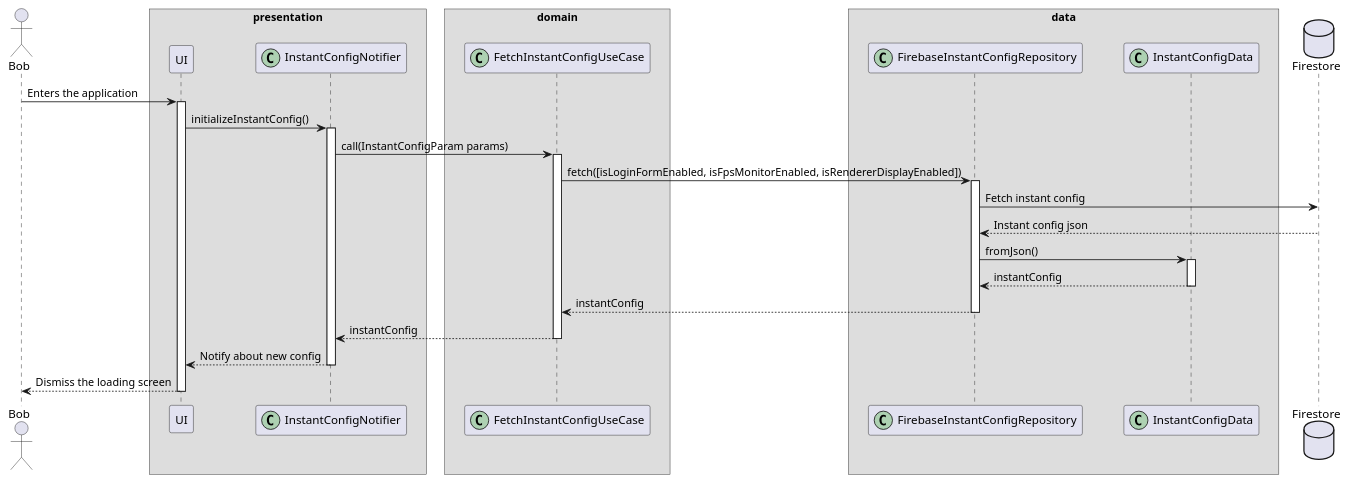
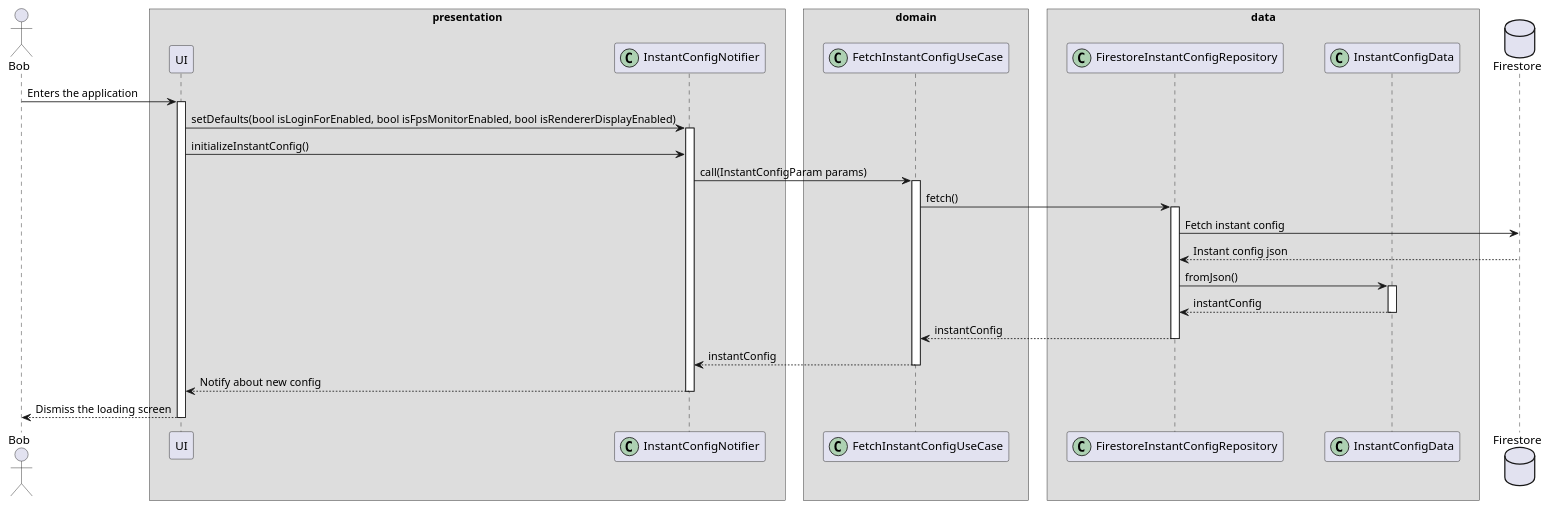
The diagram in metrics/web/docs/features/instant_config/diagrams/instant_config_sequence_diagram.puml (Flank/flank-dashboard), drawn with PlantUML before and after one commit. The commit also changed 4 other files, not shown here.

```diff
--- a/metrics/web/docs/features/instant_config/diagrams/instant_config_sequence_diagram.puml
+++ b/metrics/web/docs/features/instant_config/diagrams/instant_config_sequence_diagram.puml
@@ -1,57 +1,58 @@
 @startuml instant_config_sequence_diagram
 skinparam ParticipantPadding 20
 skinparam BoxPadding 10
 
 actor Bob
 
 box "presentation"
 participant UI
 participant InstantConfigNotifier << (C,#ADD1B2) >>
 end box
 
 box "domain"
 participant FetchInstantConfigUseCase << (C,#ADD1B2) >>
 end box
 
 box "data"
-participant FirebaseInstantConfigRepository << (C,#ADD1B2) >>
+participant FirestoreInstantConfigRepository << (C,#ADD1B2) >>
 participant InstantConfigData << (C,#ADD1B2) >>
 end box
 
 database "Firestore" as FRC
 
 Bob -> UI : Enters the application
 activate UI
 
+UI -> InstantConfigNotifier : setDefaults(bool isLoginForEnabled, bool isFpsMonitorEnabled, bool isRendererDisplayEnabled)
+activate InstantConfigNotifier
 UI -> InstantConfigNotifier : initializeInstantConfig()
-activate InstantConfigNotifier
 
 InstantConfigNotifier -> FetchInstantConfigUseCase : call(InstantConfigParam params)
 activate FetchInstantConfigUseCase
 
-FetchInstantConfigUseCase -> FirebaseInstantConfigRepository : fetch([isLoginFormEnabled, isFpsMonitorEnabled, isRendererDisplayEnabled])
-activate FirebaseInstantConfigRepository
+FetchInstantConfigUseCase -> FirestoreInstantConfigRepository : fetch()
+activate FirestoreInstantConfigRepository
 
-FirebaseInstantConfigRepository -> FRC : Fetch instant config
+FirestoreInstantConfigRepository -> FRC : Fetch instant config
 
-FRC --> FirebaseInstantConfigRepository : Instant config json
+FRC --> FirestoreInstantConfigRepository : Instant config json
 
-FirebaseInstantConfigRepository -> InstantConfigData : fromJson()
+FirestoreInstantConfigRepository -> InstantConfigData : fromJson()
 activate InstantConfigData
 
-InstantConfigData --> FirebaseInstantConfigRepository : instantConfig
+InstantConfigData --> FirestoreInstantConfigRepository : instantConfig
 deactivate InstantConfigData
 
-FirebaseInstantConfigRepository --> FetchInstantConfigUseCase : instantConfig
-deactivate FirebaseInstantConfigRepository
+FirestoreInstantConfigRepository --> FetchInstantConfigUseCase : instantConfig
+deactivate FirestoreInstantConfigRepository
 
 FetchInstantConfigUseCase --> InstantConfigNotifier : instantConfig
 deactivate FetchInstantConfigUseCase
 
 InstantConfigNotifier --> UI : Notify about new config
 deactivate InstantConfigNotifier
 
 UI --> Bob : Dismiss the loading screen
 deactivate UI
 
 @enduml
```
